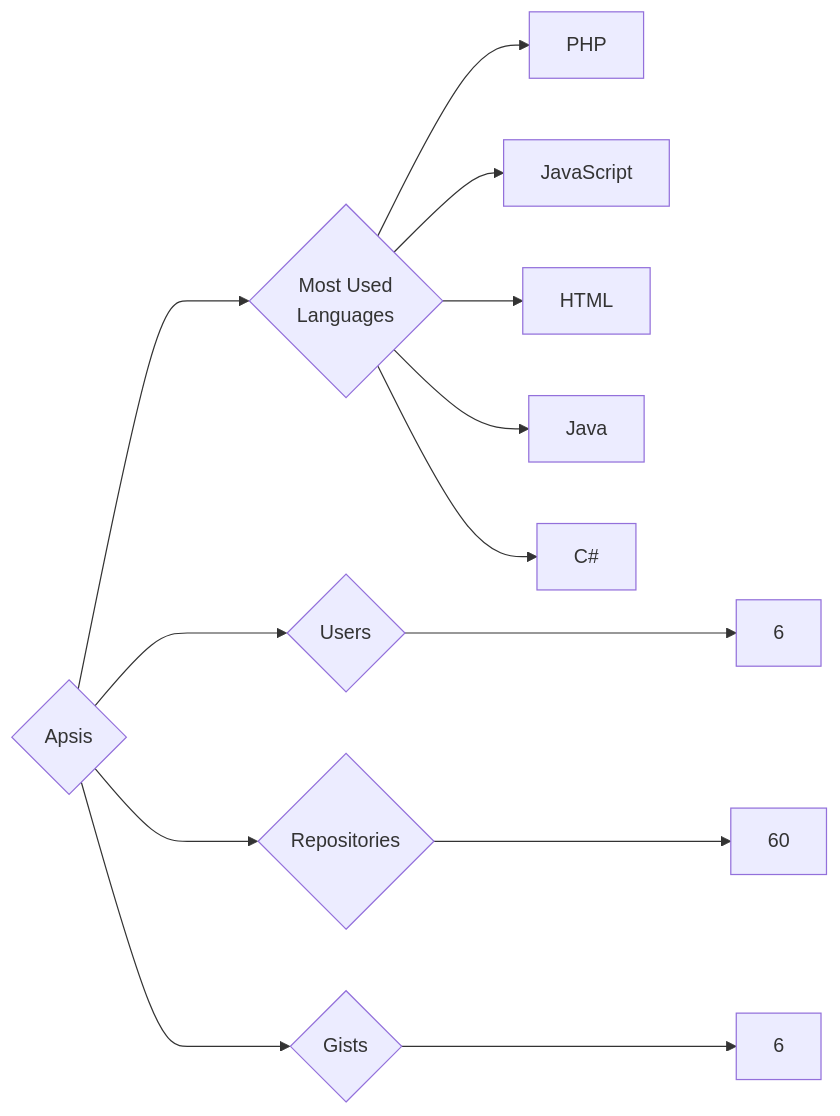
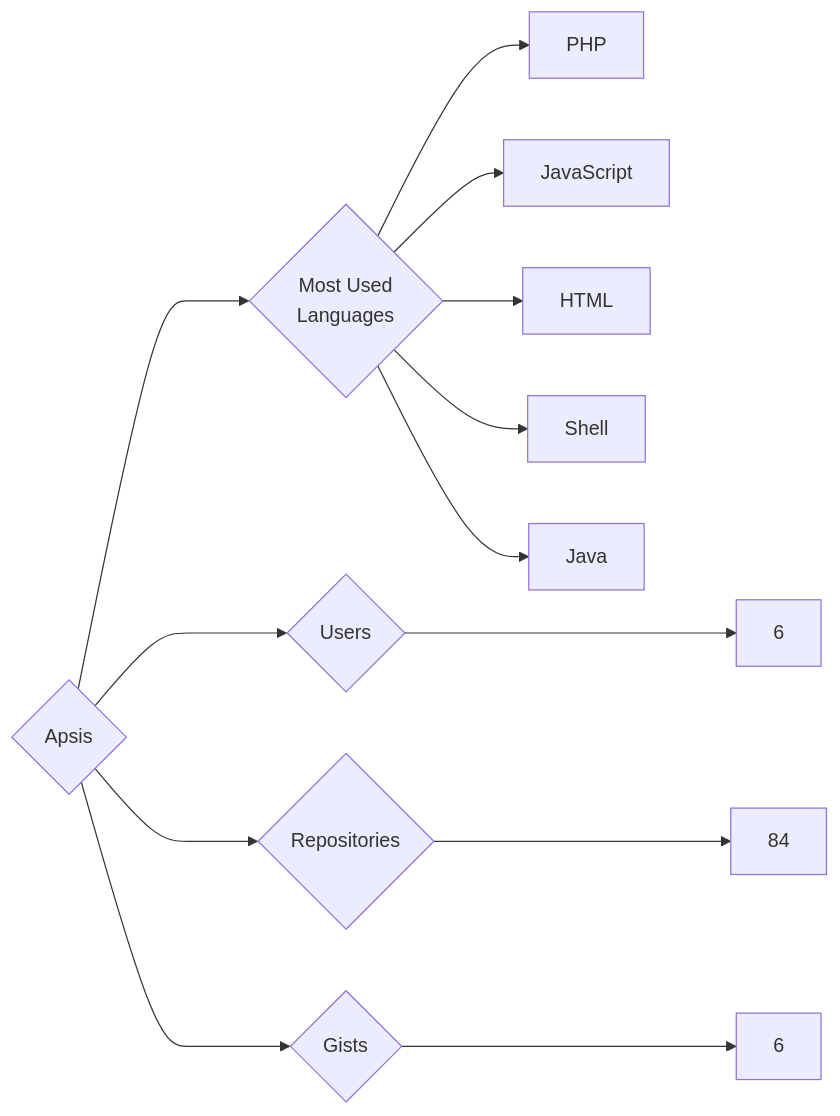
Before and after one commit to trickest/insiders: the diagram in targets/Apsis/README.md, drawn with Mermaid. The commit also changed 724 other files, not shown here.

````diff
--- a/targets/Apsis/README.md
+++ b/targets/Apsis/README.md
@@ -3,13 +3,13 @@
 ```mermaid
 graph LR
 COMPANY_NAME{Apsis}
 COMPANY_NAME ---> U{Users} ---> UN[6]
-COMPANY_NAME ---> R{Repositories} ---> RN[60]
+COMPANY_NAME ---> R{Repositories} ---> RN[84]
 COMPANY_NAME ---> G{Gists} ---> GN[6]
 COMPANY_NAME ---> ML{Most Used<br>Languages}
 ML --> PHP[PHP]
 ML --> JavaScript[JavaScript]
 ML --> HTML[HTML]
+ML --> Shell[Shell]
 ML --> Java[Java]
-ML --> C#[C#]
 ```
````
